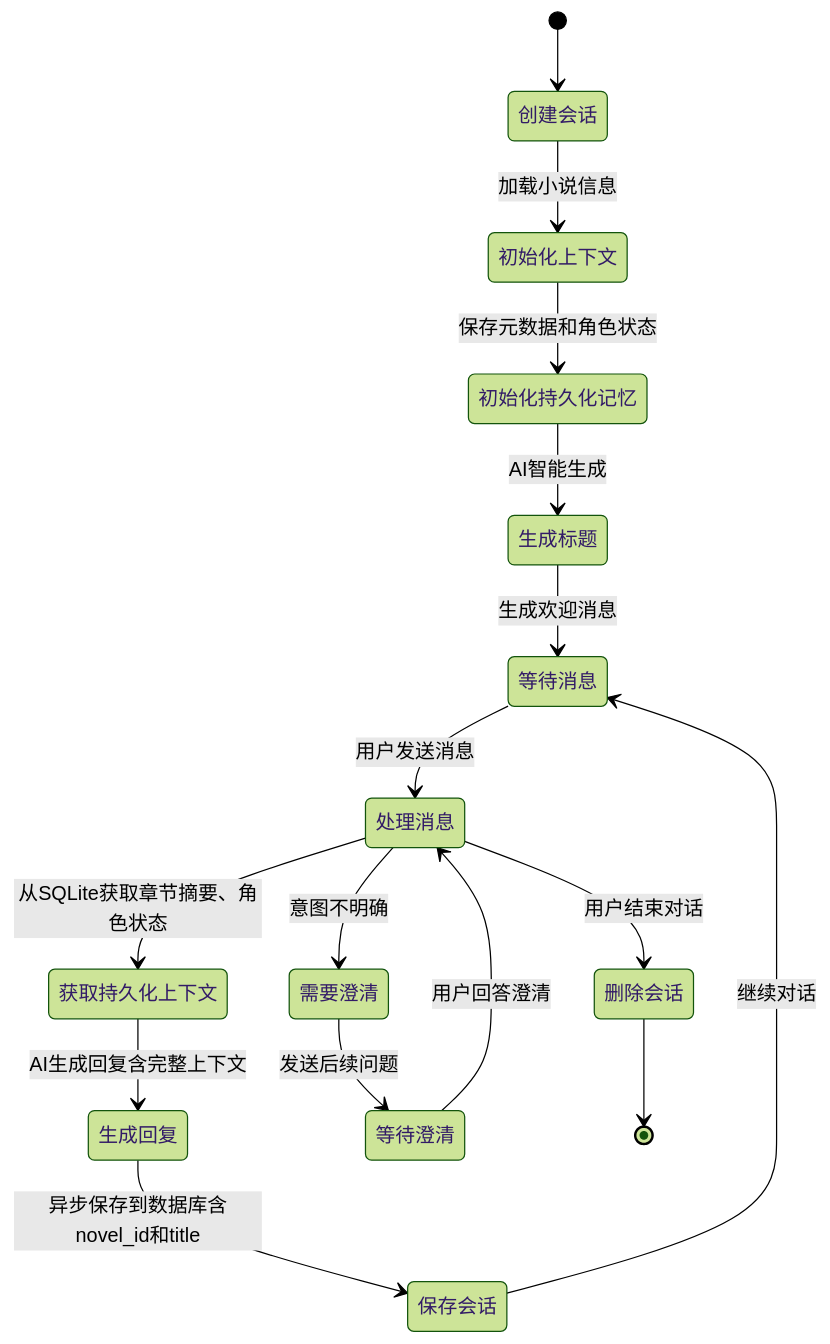
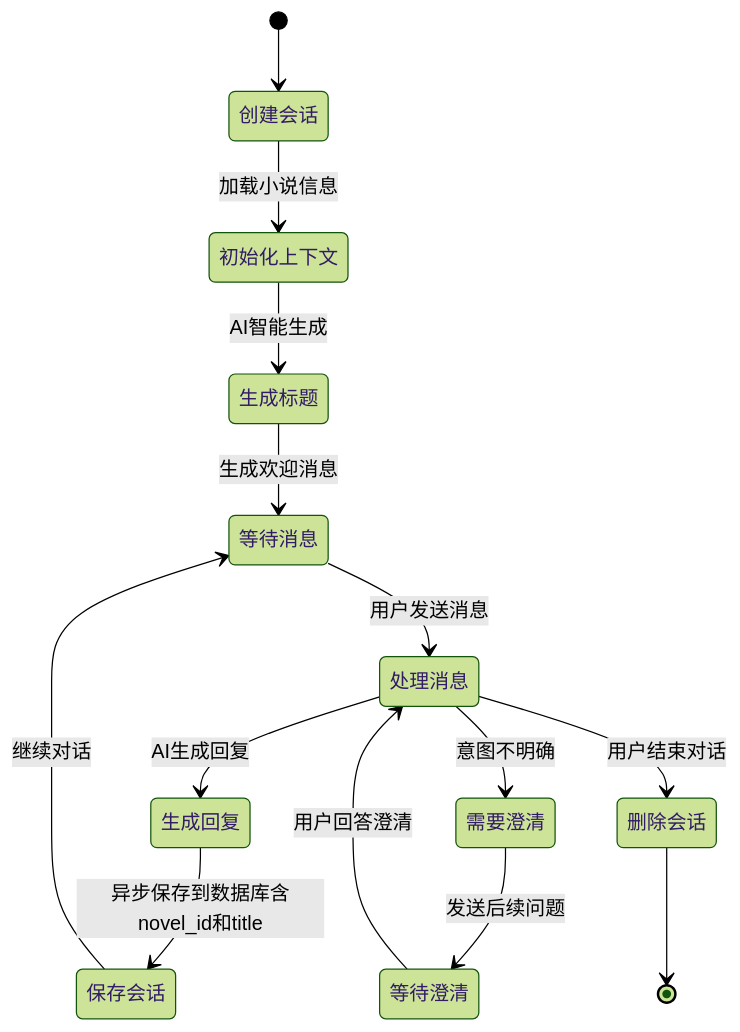
One commit to xfbyxq/ai-novel-system changed the fifth of 18 diagrams in .qoder/repowiki/zh/content/Ai Chat Service.md. Above: the diagram before and after it, drawn with Mermaid (forest theme). The commit also changed other lines of this file and 38 other files, not shown here.

````diff
--- a/.qoder/repowiki/zh/content/Ai Chat Service.md
+++ b/.qoder/repowiki/zh/content/Ai Chat Service.md
@@ -269,18 +235,16 @@
 ```mermaid
 stateDiagram-v2
 [*] --> 创建会话
 创建会话 --> 初始化上下文 : 加载小说信息
-初始化上下文 --> 初始化持久化记忆 : 保存元数据和角色状态
-初始化持久化记忆 --> 生成标题 : AI智能生成
+初始化上下文 --> 生成标题 : AI智能生成
 生成标题 --> 等待消息 : 生成欢迎消息
 等待消息 --> 处理消息 : 用户发送消息
-处理消息 --> 获取持久化上下文 : 从SQLite获取章节摘要、角色状态
-获取持久化上下文 --> 生成回复 : AI生成回复含完整上下文
+处理消息 --> 生成回复 : AI生成回复
 生成回复 --> 保存会话 : 异步保存到数据库含novel_id和title
 保存会话 --> 等待消息 : 继续对话
 处理消息 --> 需要澄清 : 意图不明确
 需要澄清 --> 等待澄清 : 发送后续问题
 等待澄清 --> 处理消息 : 用户回答澄清
 处理消息 --> 删除会话 : 用户结束对话
 删除会话 --> [*]
 ```
````
